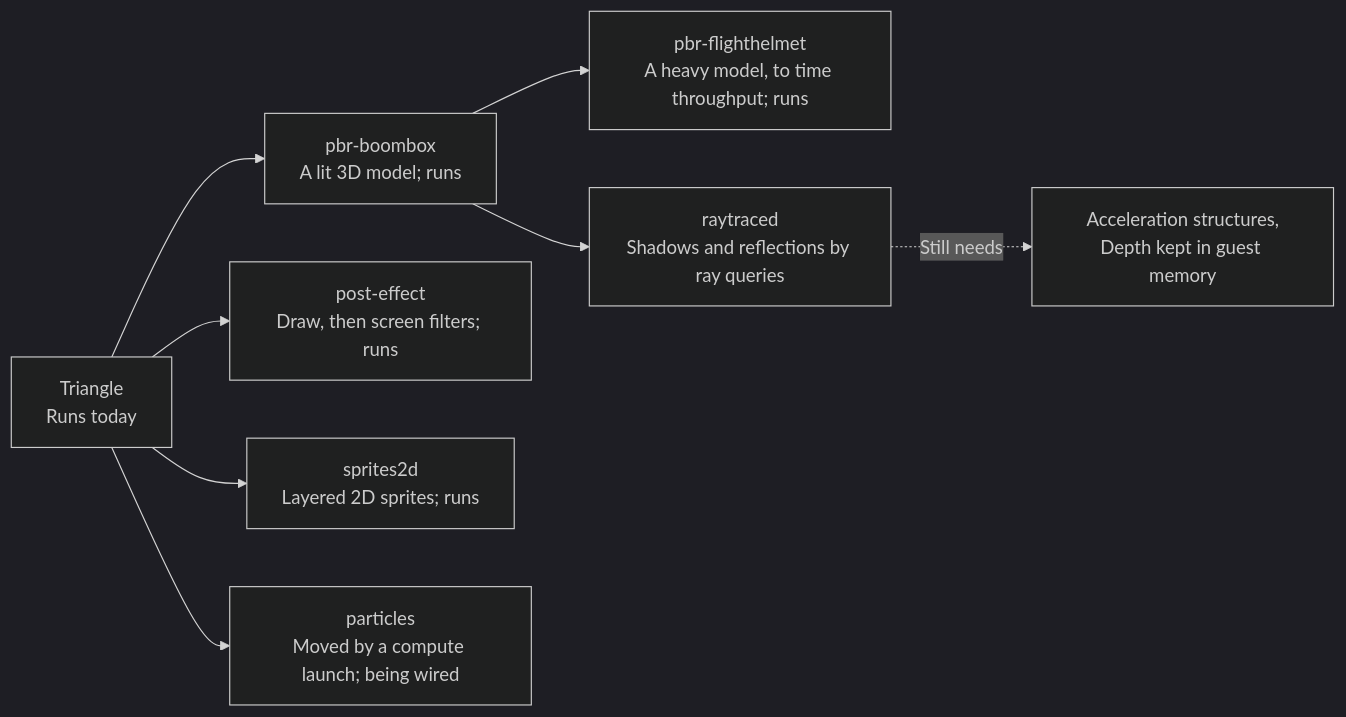
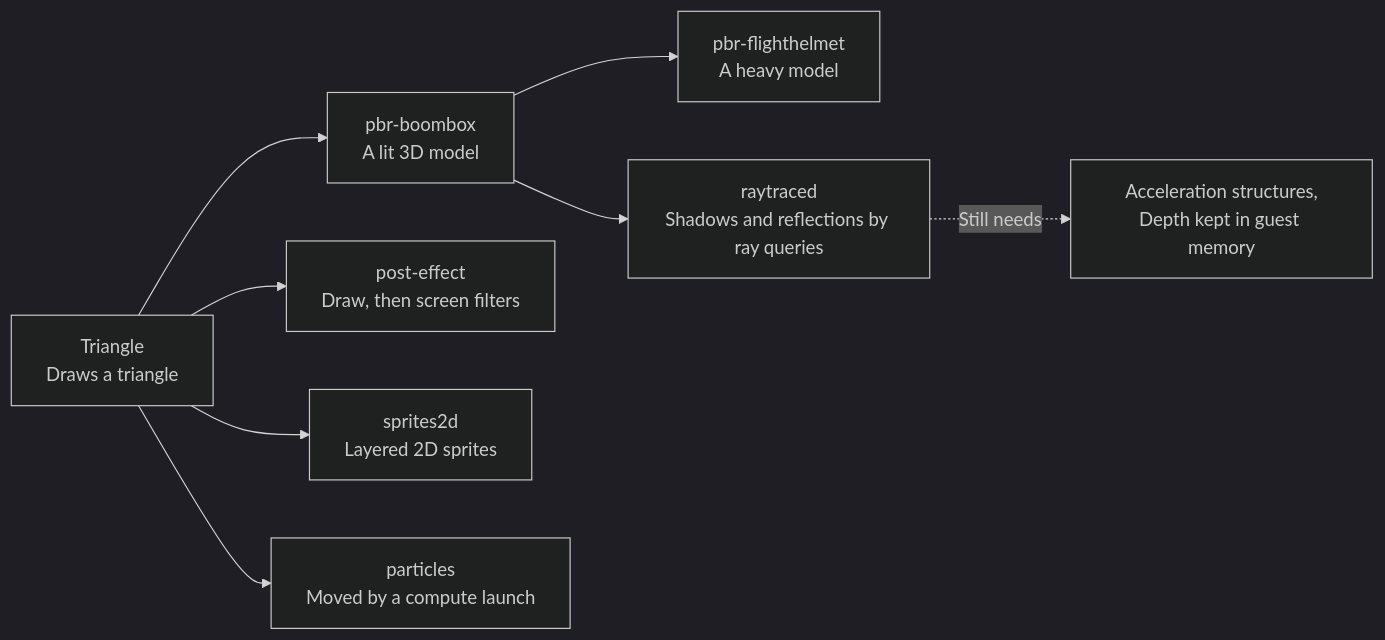
Before and after one commit to 0xNikilite/oboromi: the first of 2 diagrams in docs/architecture/demos.md, drawn with Mermaid (dark theme). The commit also changed other lines of this file, not shown here.

````diff
--- a/docs/architecture/demos.md
+++ b/docs/architecture/demos.md
@@ -61,10 +61,10 @@
 ```mermaid
 flowchart LR
-    TRI["Triangle<br/>Runs today"] --> PBR["pbr-boombox<br/>A lit 3D model; runs"]
-    TRI --> POST["post-effect<br/>Draw, then screen filters; runs"]
-    PBR --> FH["pbr-flighthelmet<br/>A heavy model, to time throughput; runs"]
+    TRI["Triangle<br/>Draws a triangle"] --> PBR["pbr-boombox<br/>A lit 3D model"]
+    TRI --> POST["post-effect<br/>Draw, then screen filters"]
+    PBR --> FH["pbr-flighthelmet<br/>A heavy model"]
     PBR --> RT["raytraced<br/>Shadows and reflections by ray queries"]
-    TRI --> SPR["sprites2d<br/>Layered 2D sprites; runs"]
-    TRI --> PART["particles<br/>Moved by a compute launch; being wired"]
+    TRI --> SPR["sprites2d<br/>Layered 2D sprites"]
+    TRI --> PART["particles<br/>Moved by a compute launch"]
     RT -.->|"Still needs"| N1["Acceleration structures,<br/>Depth kept in guest memory"]
 ```
````
